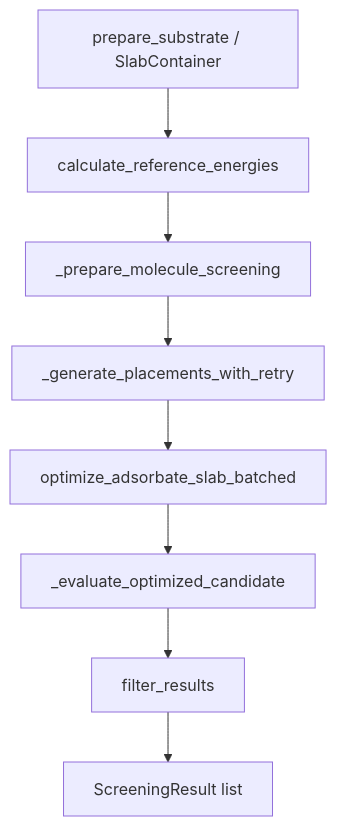
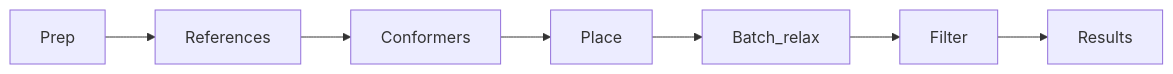
The diagram in CORE_SYSTEM_EXPLANATION.md (rlaplaza-lab/metalsurfer), drawn with Mermaid before and after one commit. The commit also changed other lines of this file and 106 other files, not shown here.

````diff
--- a/CORE_SYSTEM_EXPLANATION.md
+++ b/CORE_SYSTEM_EXPLANATION.md
@@ -81,10 +34,9 @@
 ```mermaid
-flowchart TD
-    prep[prepare_substrate / SlabContainer] --> ref[calculate_reference_energies]
-    ref --> preamble[_prepare_molecule_screening]
-    preamble --> place[_generate_placements_with_retry]
-    place --> opt[optimize_adsorbate_slab_batched]
-    opt --> val[_evaluate_optimized_candidate]
-    val --> filt[filter_results]
-    filt --> out[ScreeningResult list]
+flowchart LR
+  prep[Prep] --> ref[References]
+  ref --> conf[Conformers]
+  conf --> place[Place]
+  place --> relax[Batch_relax]
+  relax --> filter[Filter]
+  filter --> out[Results]
 ```
````
